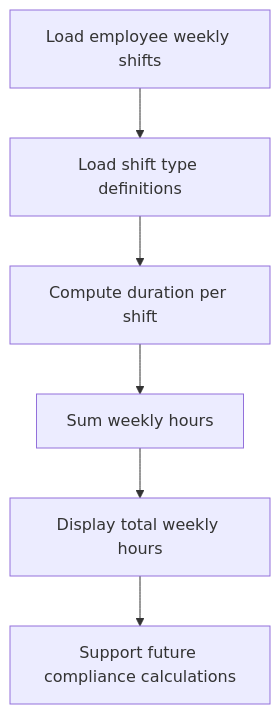
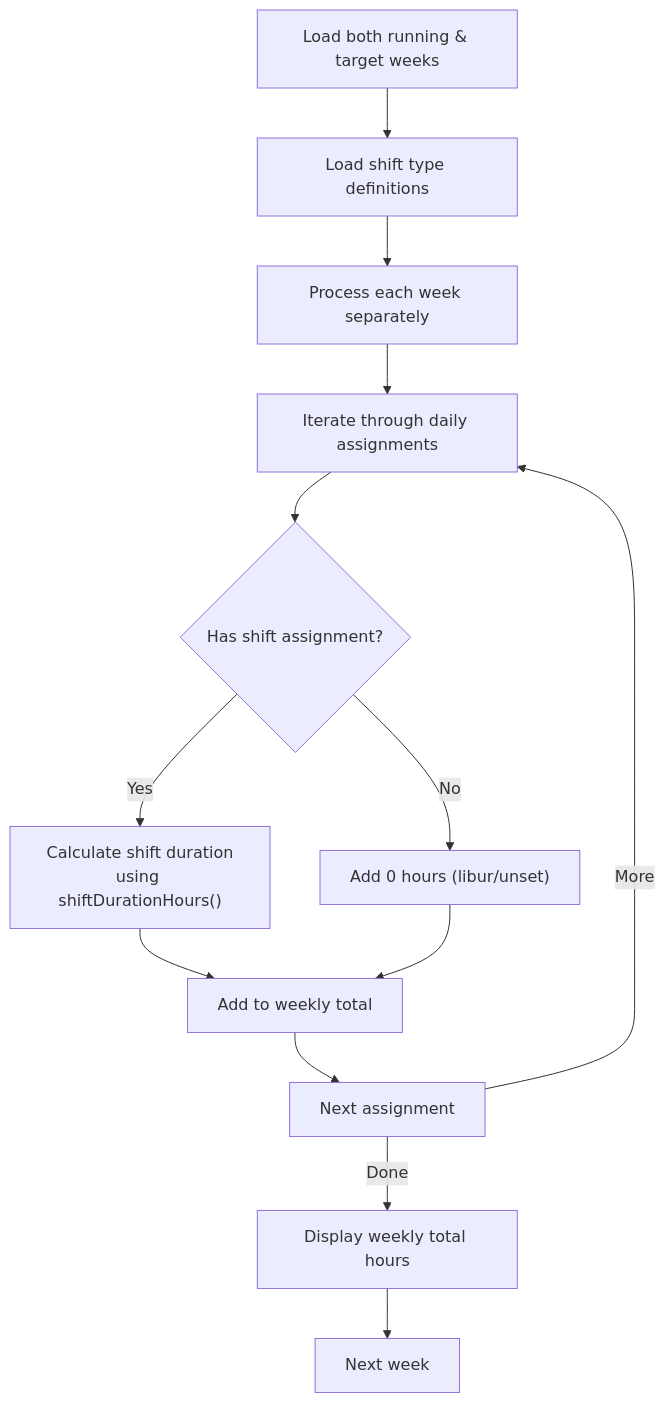
One commit to epo33m/scheduling changed the fifth of 6 diagrams in .qoder/repowiki/en/content/Product Requirements Document/Functional Specifications/Staff Interface Module (F7).md. Above: the diagram before and after it, drawn with Mermaid. The commit also changed other lines of this file and 77 other files, not shown here.

````diff
--- a/.qoder/repowiki/en/content/Product Requirements Document/Functional Specifications/Staff Interface Module (F7).md
+++ b/.qoder/repowiki/en/content/Product Requirements Document/Functional Specifications/Staff Interface Module (F7).md
@@ -220,8 +259,15 @@
 ```mermaid
 flowchart TD
-LoadShifts["Load employee weekly shifts"] --> Define["Load shift type definitions"]
-Define --> Compute["Compute duration per shift"]
-Compute --> Sum["Sum weekly hours"]
-Sum --> Display["Display total weekly hours"]
-Display --> Future["Support future compliance calculations"]
+LoadWeeks["Load both running & target weeks"] --> Define["Load shift type definitions"]
+Define --> ProcessWeek["Process each week separately"]
+ProcessWeek --> Assignments["Iterate through daily assignments"]
+Assignments --> HasShift{"Has shift assignment?"}
+HasShift --> |No| SkipHour["Add 0 hours (libur/unset)"]
+HasShift --> |Yes| CalcDuration["Calculate shift duration<br/>using shiftDurationHours()"]
+CalcDuration --> AddTotal["Add to weekly total"]
+SkipHour --> AddTotal
+AddTotal --> NextAssignment["Next assignment"]
+NextAssignment --> |More| Assignments
+NextAssignment --> |Done| Display["Display weekly total hours"]
+Display --> NextWeek["Next week"]
 ```
````
